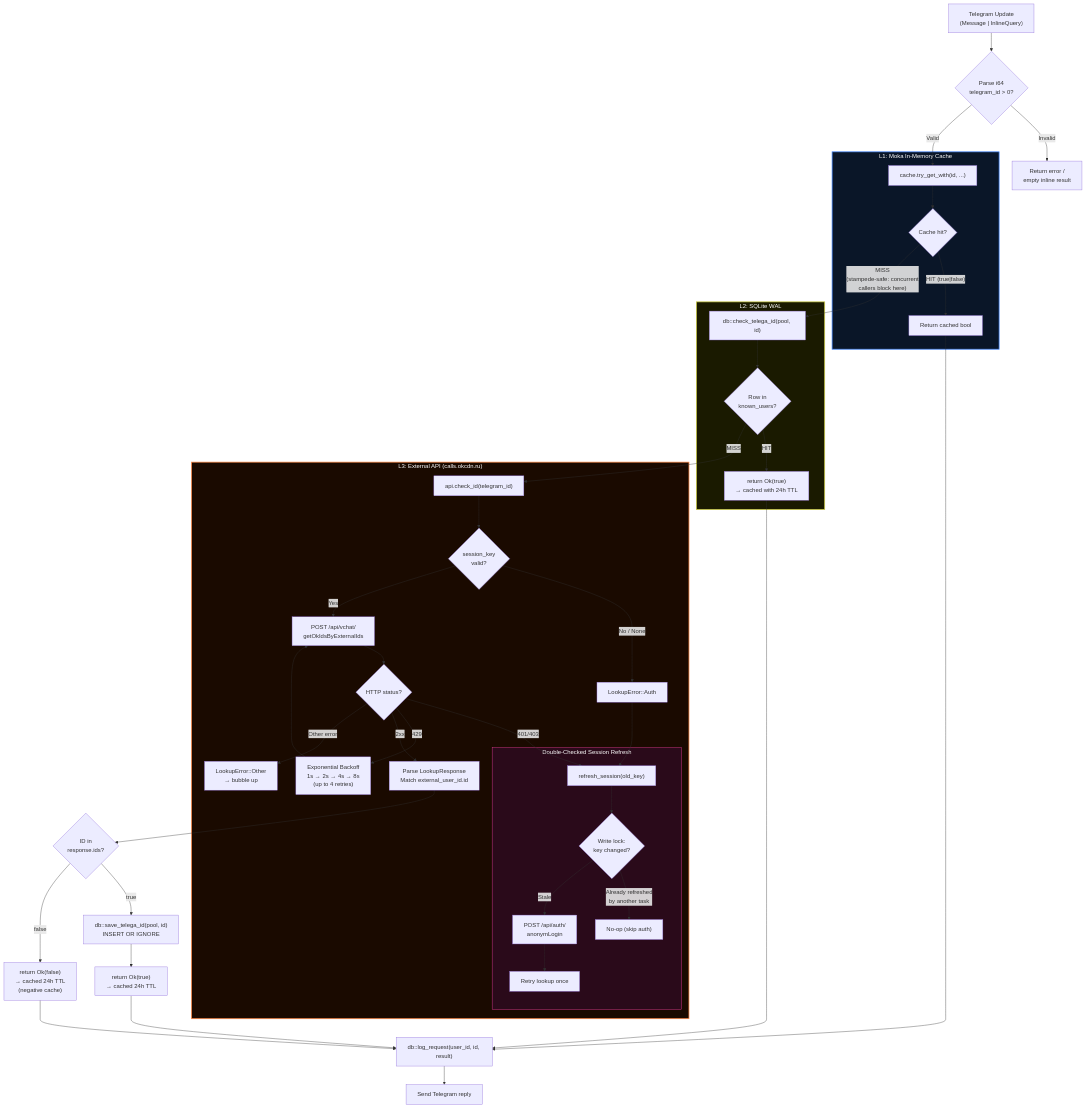
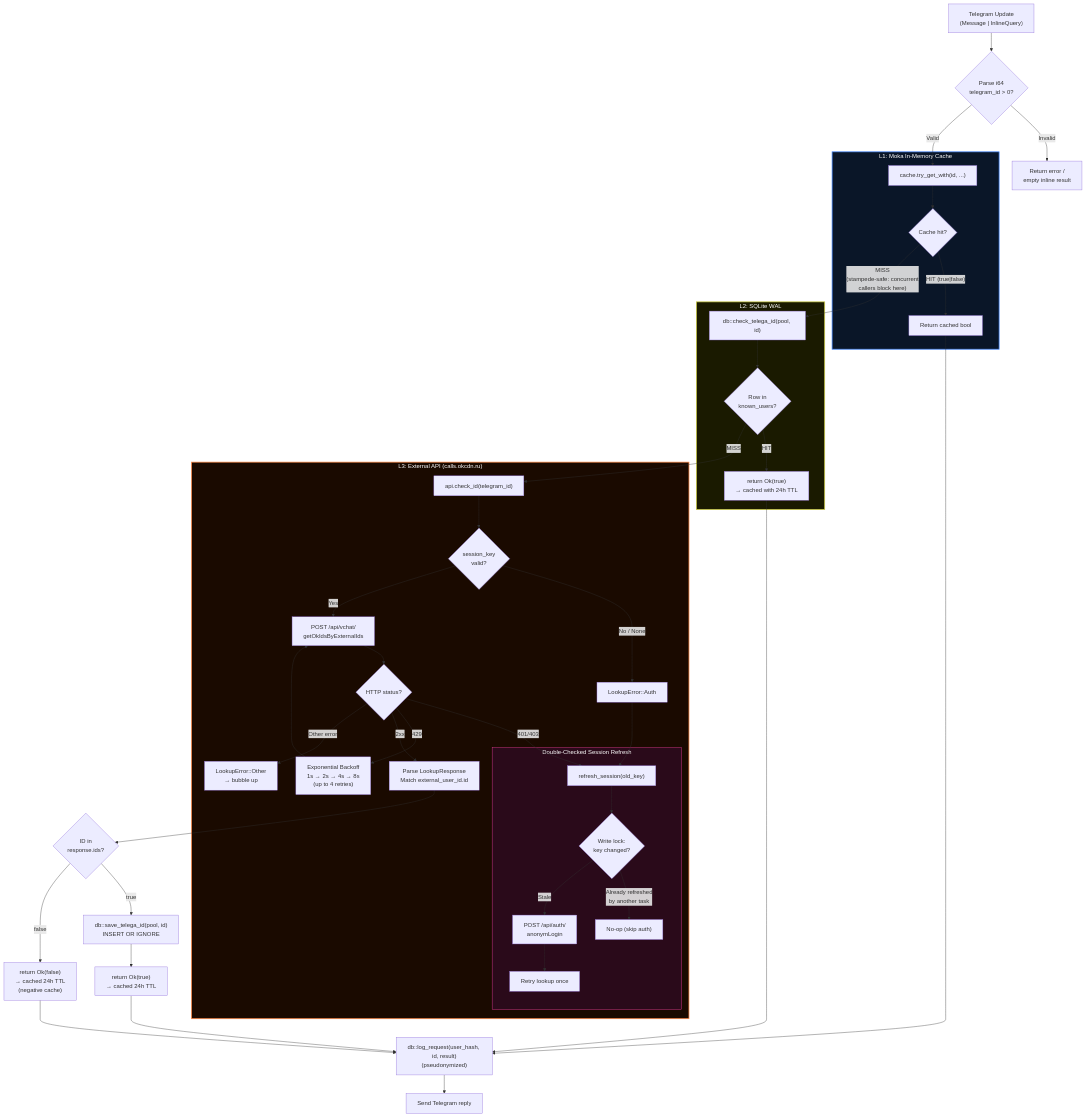
Before and after one commit to Berektassuly/telega-checker-rs: the second of 2 diagrams in README.md, drawn with Mermaid. The commit also changed other lines of this file and 1 other file, not shown here.

````diff
--- a/README.md
+++ b/README.md
@@ -264,61 +262,61 @@
 ```mermaid
 flowchart TD
     INPUT["Telegram Update<br/>(Message | InlineQuery)"] --> VALIDATE{"Parse i64<br/>telegram_id > 0?"}
     VALIDATE -- "Invalid" --> REJECT["Return error /<br/>empty inline result"]
     VALIDATE -- "Valid" --> L1
 
     subgraph CACHE_LAYER["L1: Moka In-Memory Cache"]
         L1["cache.try_get_with(id, ...)"]
         L1 --> L1_CHECK{"Cache hit?"}
         L1_CHECK -- "HIT (true|false)" --> L1_RETURN["Return cached bool"]
     end
 
     L1_CHECK -- "MISS<br/>(stampede-safe: concurrent<br/>callers block here)" --> L2
 
     subgraph DB_LAYER["L2: SQLite WAL"]
         L2["db::check_telega_id(pool, id)"]
         L2 --> L2_CHECK{"Row in<br/>known_users?"}
         L2_CHECK -- "HIT" --> L2_RETURN["return Ok(true)<br/>→ cached with 24h TTL"]
     end
 
     L2_CHECK -- "MISS" --> L3
 
     subgraph API_LAYER["L3: External API (calls.okcdn.ru)"]
         L3["api.check_id(telegram_id)"]
         L3 --> AUTH_CHECK{"session_key<br/>valid?"}
         AUTH_CHECK -- "No / None" --> AUTH_ERR["LookupError::Auth"]
         AUTH_CHECK -- "Yes" --> API_CALL["POST /api/vchat/<br/>getOkIdsByExternalIds"]
         API_CALL --> API_STATUS{"HTTP status?"}
         API_STATUS -- "401/403" --> REFRESH
         API_STATUS -- "429" --> BACKOFF["Exponential Backoff<br/>1s → 2s → 4s → 8s<br/>(up to 4 retries)"]
         BACKOFF --> API_CALL
         API_STATUS -- "2xx" --> PARSE["Parse LookupResponse<br/>Match external_user_id.id"]
         API_STATUS -- "Other error" --> PROPAGATE["LookupError::Other<br/>→ bubble up"]
 
         subgraph SESSION_REFRESH["Double-Checked Session Refresh"]
             REFRESH["refresh_session(old_key)"]
             REFRESH --> LOCK{"Write lock:<br/>key changed?"}
             LOCK -- "Already refreshed<br/>by another task" --> SKIP["No-op (skip auth)"]
             LOCK -- "Stale" --> REAUTH["POST /api/auth/<br/>anonymLogin"]
             REAUTH --> RETRY["Retry lookup once"]
         end
 
         AUTH_ERR --> REFRESH
     end
 
     PARSE --> FOUND{"ID in<br/>response.ids?"}
     FOUND -- "true" --> PERSIST["db::save_telega_id(pool, id)<br/>INSERT OR IGNORE"]
     PERSIST --> CACHE_TRUE["return Ok(true)<br/>→ cached 24h TTL"]
     FOUND -- "false" --> CACHE_FALSE["return Ok(false)<br/>→ cached 24h TTL<br/>(negative cache)"]
 
-    CACHE_TRUE --> LOG_REQ["db::log_request(user_id, id, result)"]
+    CACHE_TRUE --> LOG_REQ["db::log_request(user_hash, id, result)<br/>(pseudonymized)"]
     CACHE_FALSE --> LOG_REQ
     L1_RETURN --> LOG_REQ
     L2_RETURN --> LOG_REQ
     LOG_REQ --> RESPOND["Send Telegram reply"]
 
     style CACHE_LAYER fill:#0a1628,stroke:#4488ff,stroke-width:2px,color:#ffffff
     style DB_LAYER fill:#1a1a00,stroke:#cccc44,stroke-width:2px,color:#ffffff
     style API_LAYER fill:#1a0a00,stroke:#ff8844,stroke-width:2px,color:#ffffff
     style SESSION_REFRESH fill:#2a0a1a,stroke:#ff44aa,stroke-width:1px,color:#ffffff
 ```
````
